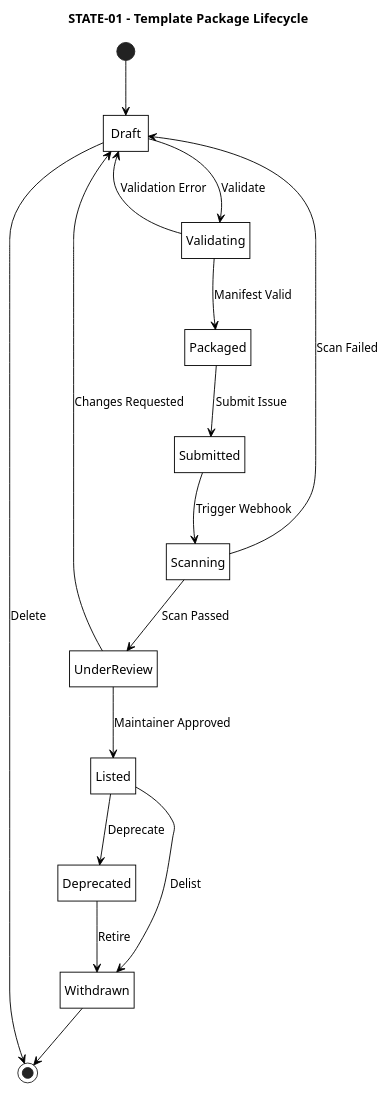
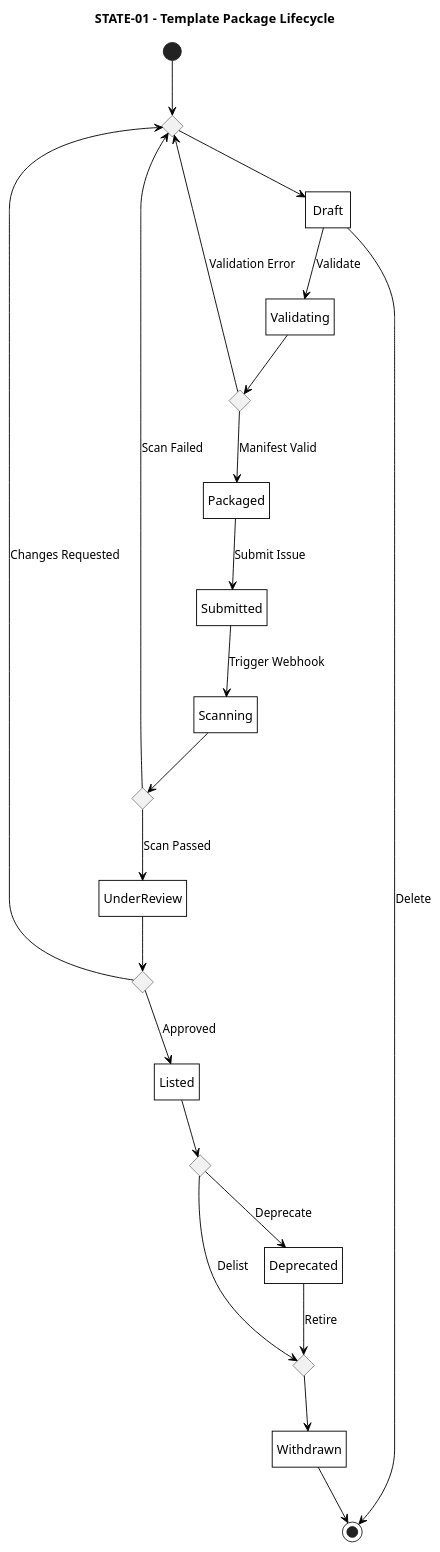
One commit to Litho-MD/uet-fyp-docs changed the diagram in diagrams/puml/state-machine/01-template-lifecycle.puml. Above: the diagram before and after it, drawn with PlantUML. The commit also changed 17 other files, not shown here.

Commit message:
feat(diagrams): update state machine diagrams with diamond loops, clean exits, and monochrome styling

```diff
--- a/diagrams/puml/state-machine/01-template-lifecycle.puml
+++ b/diagrams/puml/state-machine/01-template-lifecycle.puml
@@ -1,42 +1,57 @@
 @startuml STATE-01-template-lifecycle
 title STATE-01 - Template Package Lifecycle
 
 hide empty description
 
 skinparam monochrome true
 skinparam backgroundColor white
 skinparam shadowing false
 skinparam defaultTextAlignment center
 skinparam roundCorner 0
 skinparam ArrowColor black
 skinparam defaultFontColor black
 skinparam stateBorderThickness 1
 skinparam state {
     BackgroundColor white
     BorderColor black
     FontColor black
 }
 
-[*] --> Draft
+state c_draft_in <<choice>>
 
-Draft --> Validating : Validate
-Validating --> Draft : Validation Error
-Validating --> Packaged : Manifest Valid
+[*] -down-> c_draft_in
+c_draft_in -down-> Draft
 
-Packaged --> Submitted : Submit Issue
-Submitted --> Scanning : Trigger Webhook
+Draft -down-> Validating : Validate
 
-Scanning --> Draft : Scan Failed
-Scanning --> UnderReview : Scan Passed
+state c_val <<choice>>
+Validating -down-> c_val
+c_val -left-> c_draft_in : Validation Error
+c_val -down-> Packaged : Manifest Valid
 
-UnderReview --> Draft : Changes Requested
-UnderReview --> Listed : Maintainer Approved
+Packaged -down-> Submitted : Submit Issue
+Submitted -down-> Scanning : Trigger Webhook
 
-Listed --> Deprecated : Deprecate
-Listed --> Withdrawn : Delist
+state c_scan <<choice>>
+Scanning -down-> c_scan
+c_scan -left-> c_draft_in : Scan Failed
+c_scan -down-> UnderReview : Scan Passed
 
-Deprecated --> Withdrawn : Retire
-Withdrawn --> [*]
-Draft --> [*] : Delete
+state c_rev <<choice>>
+UnderReview -down-> c_rev
+c_rev -left-> c_draft_in : Changes Requested
+c_rev -down-> Listed : Approved
+
+state c_list <<choice>>
+state c_withdrawn_in <<choice>>
+
+Listed -down-> c_list
+c_list -down-> Deprecated : Deprecate
+c_list -right-> c_withdrawn_in : Delist
+
+Deprecated -down-> c_withdrawn_in : Retire
+c_withdrawn_in -down-> Withdrawn
+Withdrawn -down-> [*]
+Draft -right-> [*] : Delete
 
 @enduml
```
